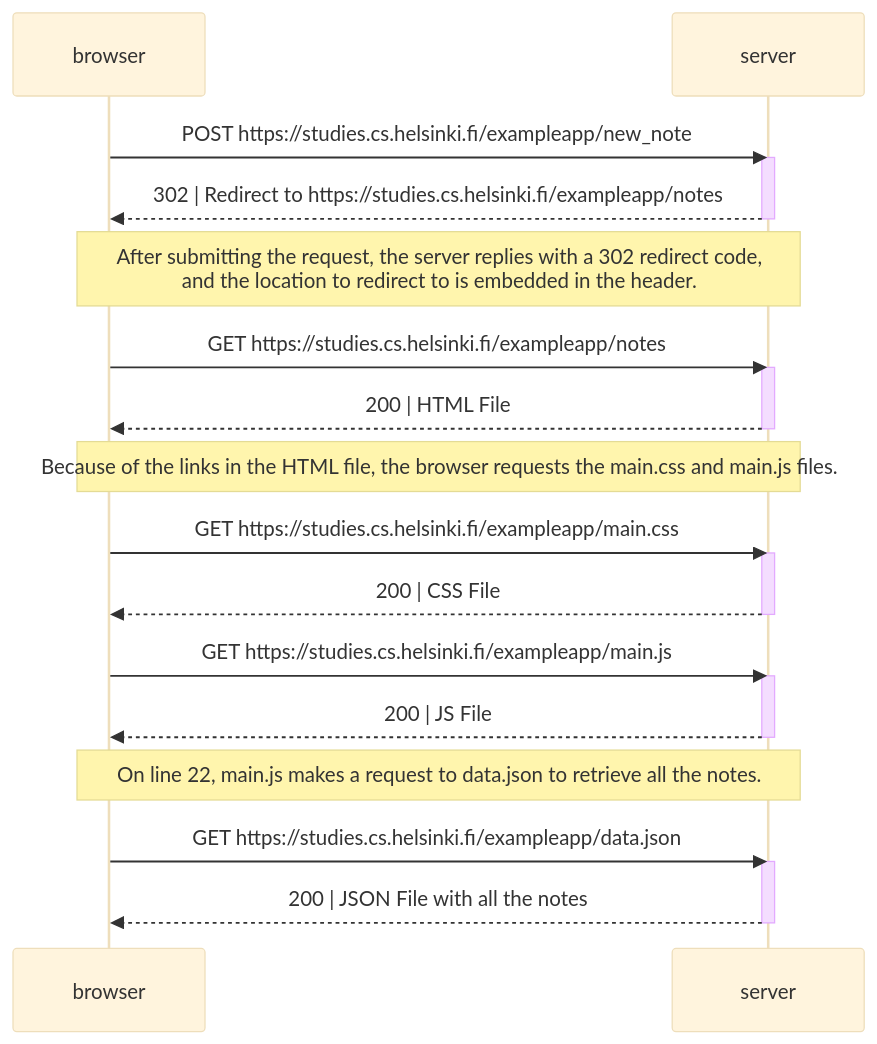
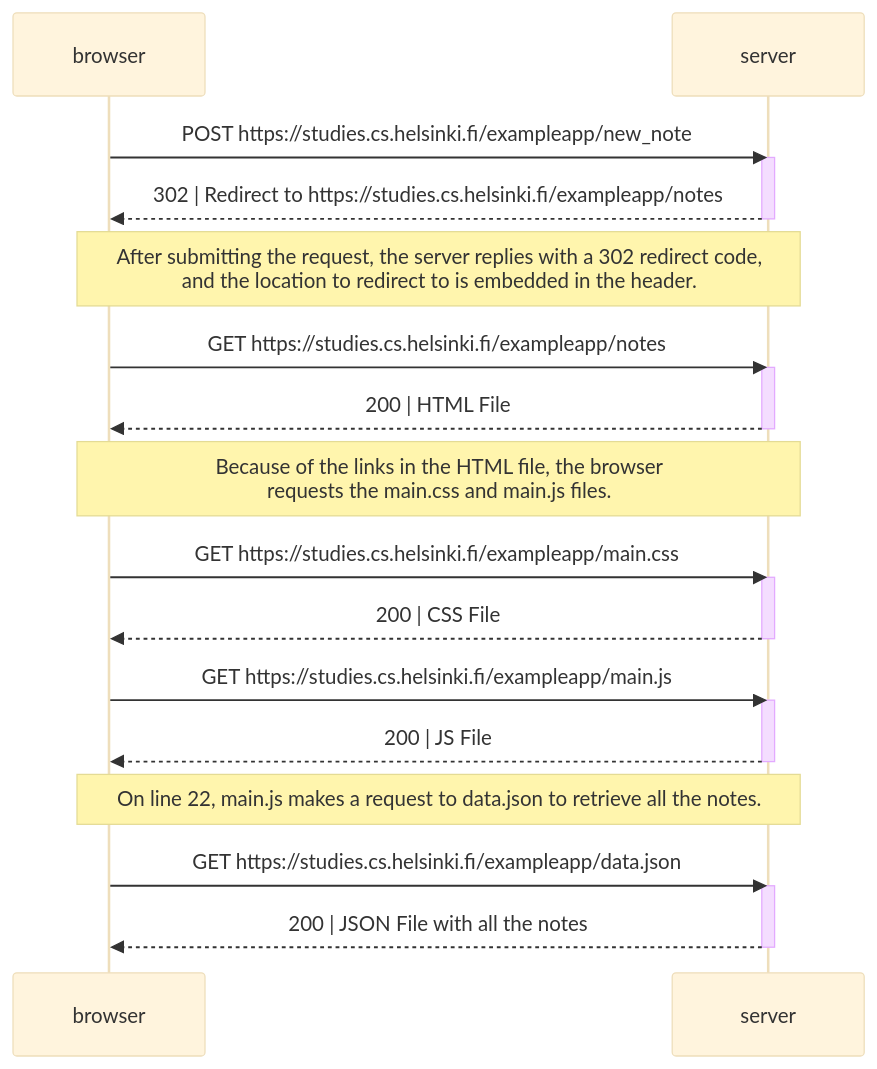
Before and after one commit to miguelcalvoruiz/fullstack-open: the diagram in part0/0.4-new_note_diagram.md, drawn with Mermaid (base theme).

````diff
--- a/part0/0.4-new_note_diagram.md
+++ b/part0/0.4-new_note_diagram.md
@@ -1,38 +1,38 @@
 ```mermaid
 sequenceDiagram
 
     participant browser
     participant server
 
     browser->>server:POST https://studies.cs.helsinki.fi/exampleapp/new_note
     activate server
     server-->>browser: 302 | Redirect to https://studies.cs.helsinki.fi/exampleapp/notes
     deactivate server
 
     Note over browser, server: After submitting the request, the server replies with a 302 redirect code,<br> and the location to redirect to is embedded in the header.
 
     browser->>server: GET https://studies.cs.helsinki.fi/exampleapp/notes
     activate server
     server-->>browser: 200 | HTML File
     deactivate server
 
-    Note over browser, server: Because of the links in the HTML file, the browser requests the main.css and main.js files.
+    Note over browser, server: Because of the links in the HTML file, the browser<br> requests the main.css and main.js files.
 
     browser->>server: GET https://studies.cs.helsinki.fi/exampleapp/main.css
     activate server
     server-->>browser: 200 | CSS File
     deactivate server
 
     browser->>server: GET https://studies.cs.helsinki.fi/exampleapp/main.js
     activate server
     server-->>browser: 200 | JS File
     deactivate server
 
     Note over browser, server: On line 22, main.js makes a request to data.json to retrieve all the notes.
 
     browser->>server: GET https://studies.cs.helsinki.fi/exampleapp/data.json
     activate server
     server-->>browser: 200 | JSON File with all the notes
     deactivate server
 
 ```
````
